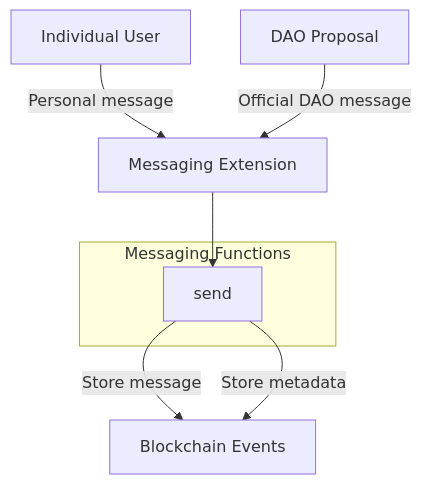
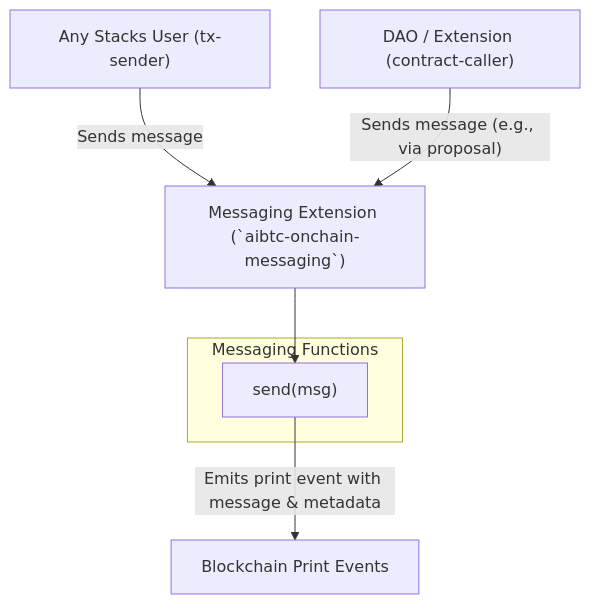
The diagram in aibtc-contracts/dao-extensions/onchain-messaging.md (aibtcdev/aibtcdev-docs), drawn with Mermaid before and after one commit. The commit also changed other lines of this file and 4 other files, not shown here.

Commit message:
refactor: Update docs for treasury, charter, messaging, token.

````diff
--- a/aibtc-contracts/dao-extensions/onchain-messaging.md
+++ b/aibtc-contracts/dao-extensions/onchain-messaging.md
@@ -28,17 +28,16 @@
 ```mermaid
 flowchart TD
-    A["Individual User"]
-    B["DAO Proposal"]
-    C["Messaging Extension"]
-    D["Blockchain Events"]
+    A["Any Stacks User (tx-sender)"]
+    B["DAO / Extension (contract-caller)"]
+    C["Messaging Extension (`aibtc-onchain-messaging`)"]
+    D["Blockchain Print Events"]
     
     subgraph Messaging Functions
-        CA["send"]
+        CA["send(msg)"]
     end
     
-    A -->|"Personal message"| C
-    B -->|"Official DAO message"| C
+    A -->|"Sends message"| C
+    B -->|"Sends message (e.g., via proposal)"| C
     C --> CA
-    CA -->|"Store message"| D
-    CA -->|"Store metadata"| D
+    CA --"Emits print event with message & metadata"--> D
 ```
````
